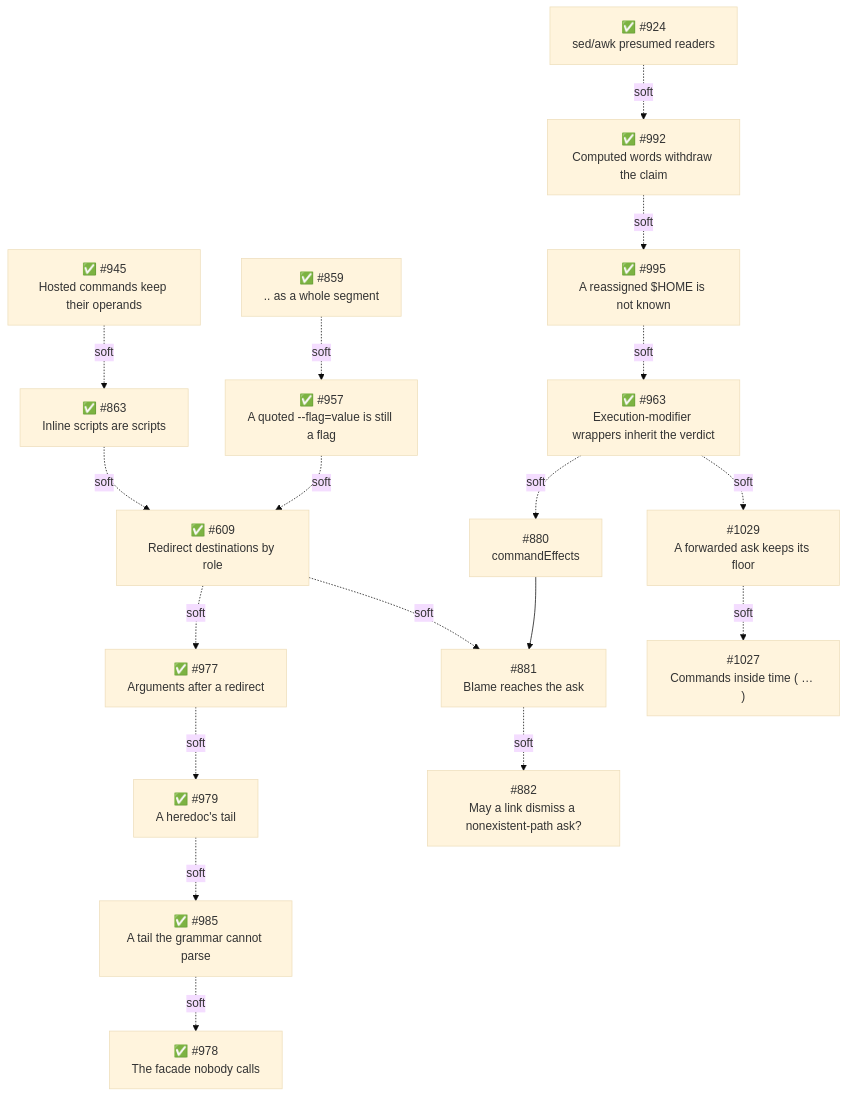
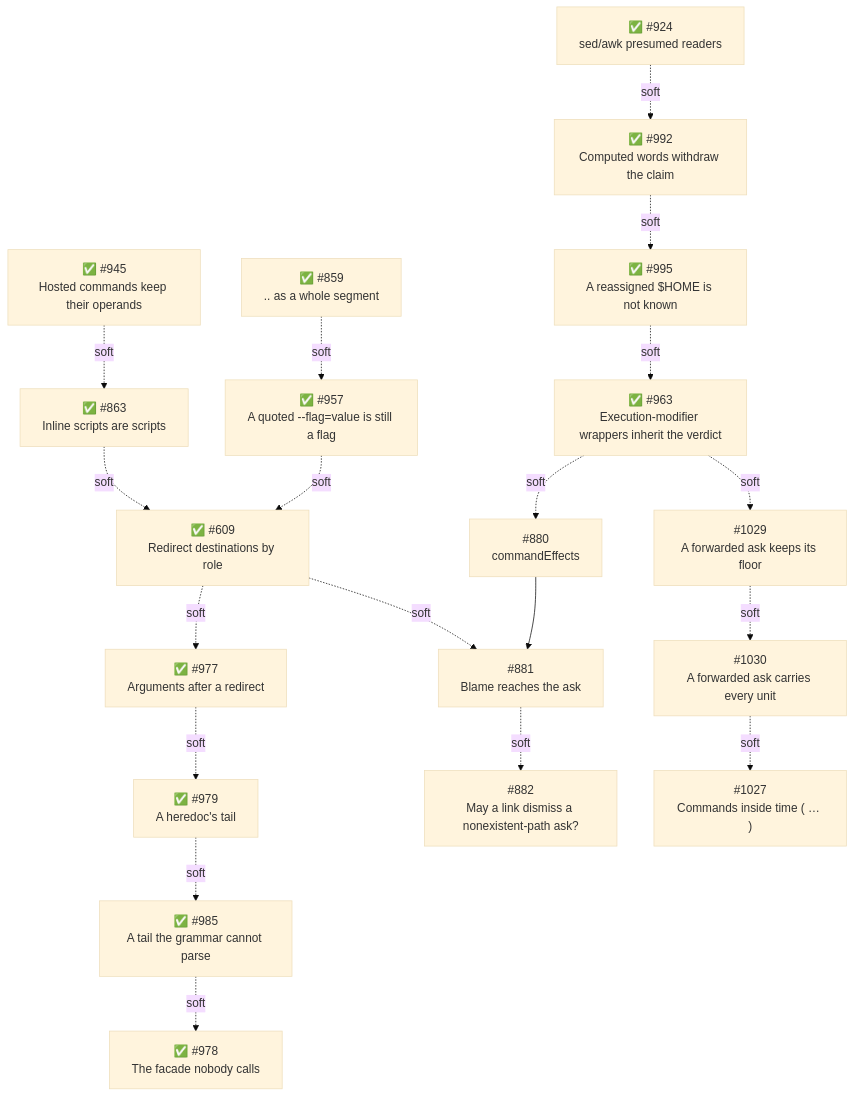
The fourth of 4 diagrams in packages/pi-permission-system/docs/architecture/architecture.md (44madfire/pi-packages), drawn with Mermaid (base theme) before and after one commit. The commit also changed other lines of this file, not shown here.

````diff
--- a/packages/pi-permission-system/docs/architecture/architecture.md
+++ b/packages/pi-permission-system/docs/architecture/architecture.md
@@ -1721,20 +1739,21 @@
 ```mermaid
 flowchart TD
     S945["✅ #945<br/>Hosted commands keep their operands"] -.soft.-> S863["✅ #863<br/>Inline scripts are scripts"]
     S863 -.soft.-> S609["✅ #609<br/>Redirect destinations by role"]
     S859["✅ #859<br/>.. as a whole segment"] -.soft.-> S957["✅ #957<br/>A quoted --flag=value is still a flag"]
     S957 -.soft.-> S609
     S924["✅ #924<br/>sed/awk presumed readers"] -.soft.-> S992["✅ #992<br/>Computed words withdraw the claim"]
     S992 -.soft.-> S995["✅ #995<br/>A reassigned $HOME is not known"]
     S995 -.soft.-> S963["✅ #963<br/>Execution-modifier wrappers inherit the verdict"]
     S963 -.soft.-> S1029["#1029<br/>A forwarded ask keeps its floor"]
-    S1029 -.soft.-> S1027["#1027<br/>Commands inside time ( … )"]
+    S1029 -.soft.-> S1030["#1030<br/>A forwarded ask carries every unit"]
+    S1030 -.soft.-> S1027["#1027<br/>Commands inside time ( … )"]
     S963 -.soft.-> S880["#880<br/>commandEffects"]
     S880 --> S881["#881<br/>Blame reaches the ask"]
     S609 -.soft.-> S881
     S609 -.soft.-> S977["✅ #977<br/>Arguments after a redirect"]
     S977 -.soft.-> S979["✅ #979<br/>A heredoc's tail"]
     S979 -.soft.-> S985["✅ #985<br/>A tail the grammar cannot parse"]
     S985 -.soft.-> S978["✅ #978<br/>The facade nobody calls"]
     S881 -.soft.-> S882["#882<br/>May a link dismiss a nonexistent-path ask?"]
 ```
````
